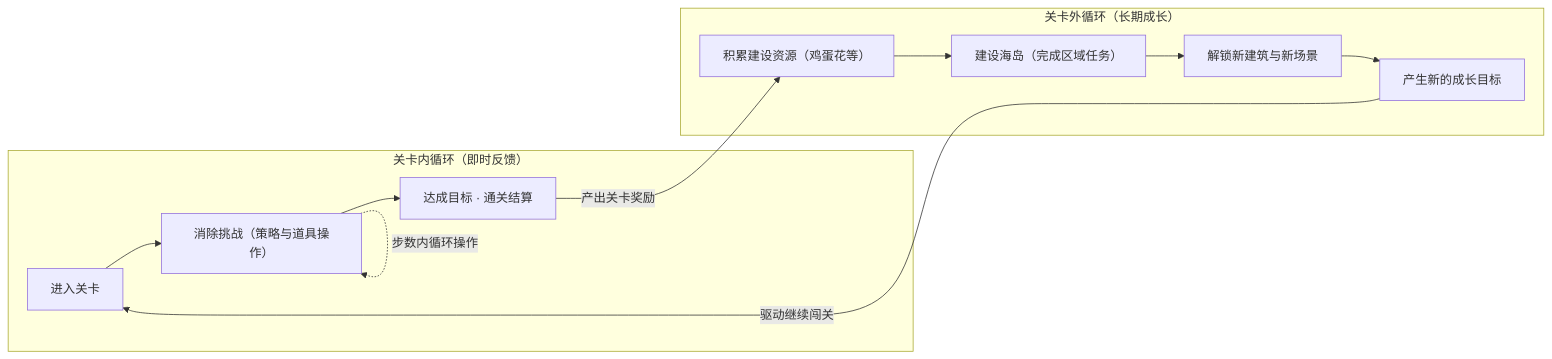
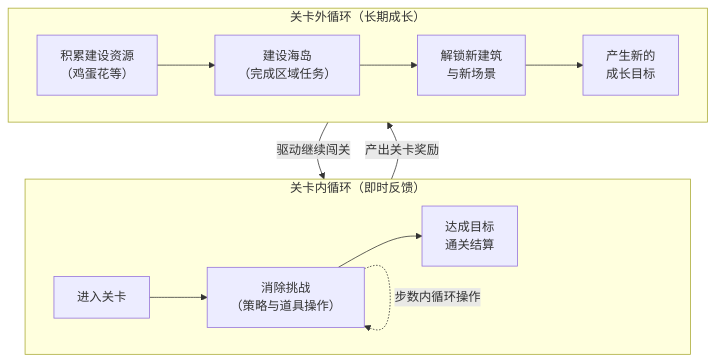
The fifth of 9 diagrams in _pages/games/假日乐消消.md (sp201610/sp201610.github.io), drawn with Mermaid before and after one commit. The commit also changed other lines of this file, not shown here.

Commit message:
Improve layout proportions of 图 1-7 and 图 2-11 Mermaid diagrams

````diff
--- a/_pages/games/假日乐消消.md
+++ b/_pages/games/假日乐消消.md
@@ -331,15 +332,14 @@
 ```mermaid
-flowchart LR
+flowchart TB
     subgraph InLoop["关卡内循环（即时反馈）"]
-        A["进入关卡"] --> B["消除挑战（策略与道具操作）"]
-        B --> C["达成目标 · 通关结算"]
+        direction LR
+        A["进入关卡"] --> B["消除挑战<br/>（策略与道具操作）"] --> C["达成目标<br/>通关结算"]
         B -.->|步数内循环操作| B
     end
     subgraph OutLoop["关卡外循环（长期成长）"]
-        D["积累建设资源（鸡蛋花等）"] --> E["建设海岛（完成区域任务）"]
-        E --> F["解锁新建筑与新场景"]
-        F --> G["产生新的成长目标"]
+        direction LR
+        D["积累建设资源<br/>（鸡蛋花等）"] --> E["建设海岛<br/>（完成区域任务）"] --> F["解锁新建筑<br/>与新场景"] --> G["产生新的<br/>成长目标"]
     end
     C -->|产出关卡奖励| D
     G -->|驱动继续闯关| A
 ```
````
